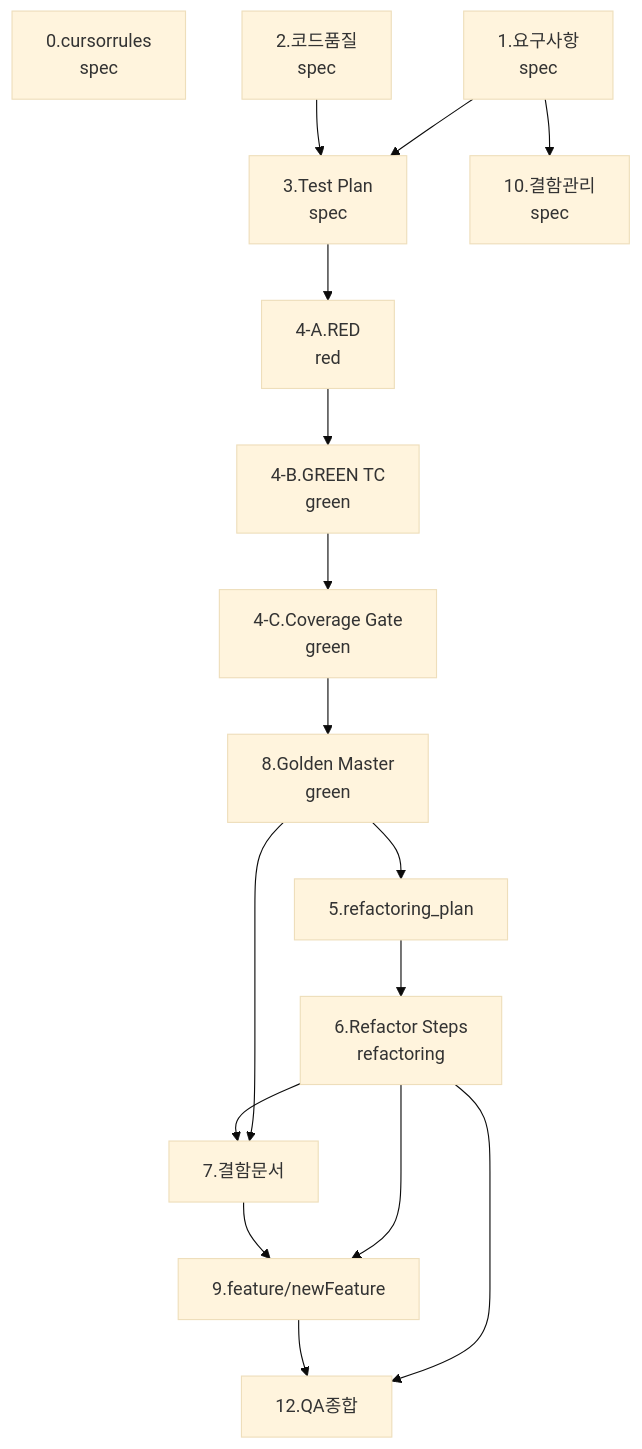
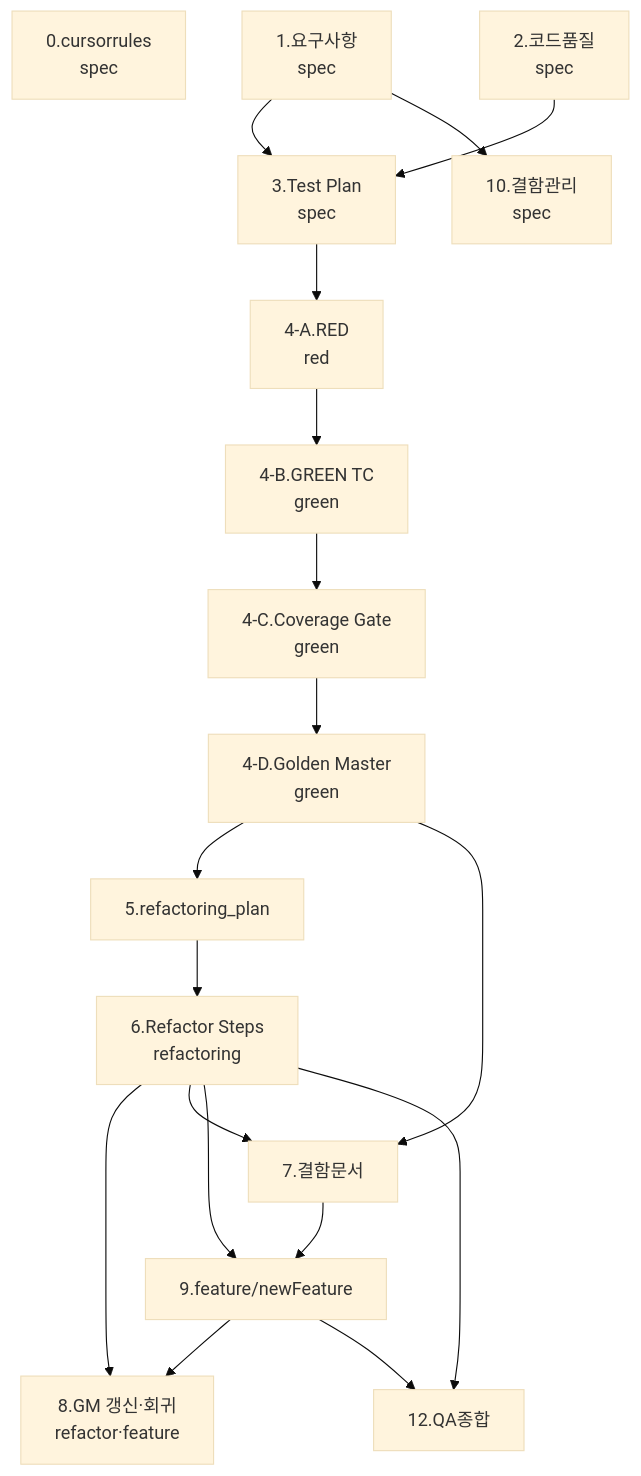
One commit to pjb5592/FeedbackAnalyzer_09 changed the second of 2 diagrams in prompt초안.md. Above: the diagram before and after it, drawn with Mermaid (base theme). The commit also changed other lines of this file and 231 other files, not shown here.

Commit message:
prompt 초안에 Golden Master 관련 수정

````diff
--- a/prompt초안.md
+++ b/prompt초안.md
@@ -513,21 +565,23 @@
 ```mermaid
 flowchart TD
     S0[0.cursorrules<br/>spec]
     S1[1.요구사항<br/>spec]
     S2[2.코드품질<br/>spec]
     S1 --> S3[3.Test Plan<br/>spec]
     S2 --> S3
     S3 --> R[4-A.RED<br/>red]
     R --> G[4-B.GREEN TC<br/>green]
     G --> GC[4-C.Coverage Gate<br/>green]
-    GC --> GM[8.Golden Master<br/>green]
-    GM --> RP[5.refactoring_plan]
+    GC --> GD[4-D.Golden Master<br/>green]
+    GD --> RP[5.refactoring_plan]
     RP --> RF[6.Refactor Steps<br/>refactoring]
-    GM --> D7[7.결함문서]
+    RF --> GM8[8.GM 갱신·회귀<br/>refactor·feature]
+    GD --> D7[7.결함문서]
     RF --> D7
     RF --> F9[9.feature/newFeature]
+    F9 --> GM8
     D7 --> F9
     S1 --> S10[10.결함관리<br/>spec]
     RF --> S12[12.QA종합]
     F9 --> S12
 ```
````
